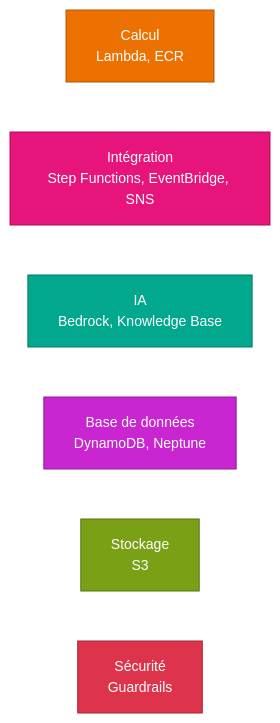
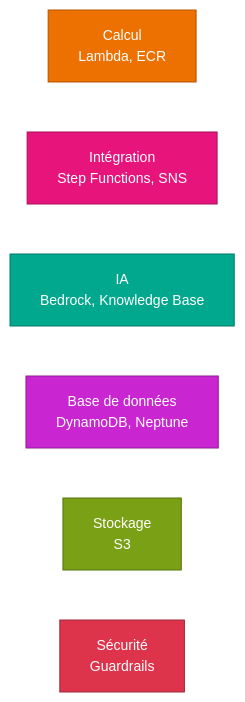
Before and after one commit to aymane-benchhab/aymane-benchhab: the diagram in docs/diagrams/03-legende.mmd, drawn with Mermaid. The commit also changed 8 other files, not shown here.

First line of the commit message:
Remove EventBridge from dev phase: manual Step Functions launch

```diff
--- a/docs/diagrams/03-legende.mmd
+++ b/docs/diagrams/03-legende.mmd
@@ -1,14 +1,14 @@
 %%{init: {'theme':'base','themeVariables':{'fontFamily':'Arial','fontSize':'14px'}}}%%
 flowchart LR
   a["Calcul<br/>Lambda, ECR"]:::compute
-  b["Intégration<br/>Step Functions, EventBridge, SNS"]:::integ
+  b["Intégration<br/>Step Functions, SNS"]:::integ
   c["IA<br/>Bedrock, Knowledge Base"]:::ai
   d["Base de données<br/>DynamoDB, Neptune"]:::db
   e["Stockage<br/>S3"]:::storage
   f["Sécurité<br/>Guardrails"]:::sec
   classDef compute fill:#ED7100,stroke:#B35500,color:#fff
   classDef integ fill:#E7157B,stroke:#A80F59,color:#fff
   classDef ai fill:#01A88D,stroke:#017A66,color:#fff
   classDef db fill:#C925D1,stroke:#8F1A95,color:#fff
   classDef storage fill:#7AA116,stroke:#577311,color:#fff
   classDef sec fill:#DD344C,stroke:#A3263A,color:#fff
```
